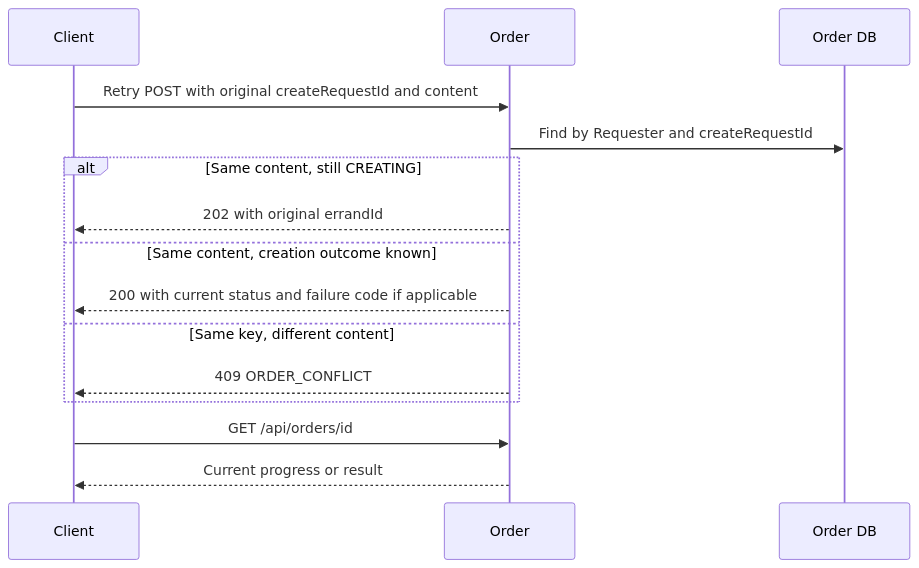
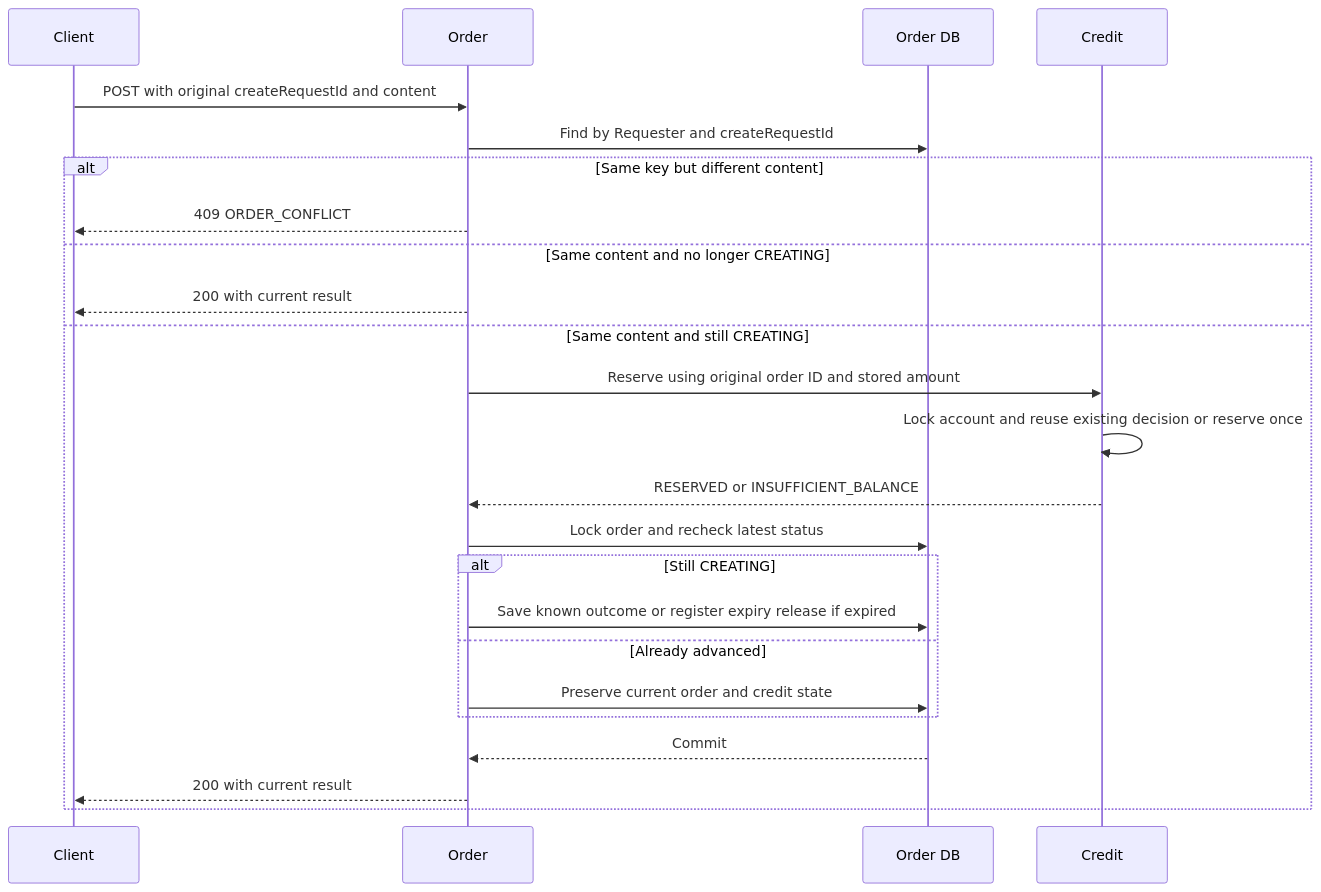
The tenth of 16 diagrams in order-service/README.md (AY2627S1-CS3219-P24/FoC), drawn with Mermaid before and after one commit. The commit also changed other lines of this file and 5 other files, not shown here.

Commit message:
fix(order): resume pending creation on request retry

````diff
--- a/order-service/README.md
+++ b/order-service/README.md
@@ -290,17 +290,26 @@
 ```mermaid
 sequenceDiagram
     participant Client
     participant Order
     participant DB as Order DB
-    Client->>Order: Retry POST with original createRequestId and content
+    participant Credit
+    Client->>Order: POST with original createRequestId and content
     Order->>DB: Find by Requester and createRequestId
-    alt Same content, still CREATING
-        Order-->>Client: 202 with original errandId
-    else Same content, creation outcome known
-        Order-->>Client: 200 with current status and failure code if applicable
-    else Same key, different content
+    alt Same key but different content
         Order-->>Client: 409 ORDER_CONFLICT
+    else Same content and no longer CREATING
+        Order-->>Client: 200 with current result
+    else Same content and still CREATING
+        Order->>Credit: Reserve using original order ID and stored amount
+        Credit->>Credit: Lock account and reuse existing decision or reserve once
+        Credit-->>Order: RESERVED or INSUFFICIENT_BALANCE
+        Order->>DB: Lock order and recheck latest status
+        alt Still CREATING
+            Order->>DB: Save known outcome or register expiry release if expired
+        else Already advanced
+            Order->>DB: Preserve current order and credit state
+        end
+        DB-->>Order: Commit
+        Order-->>Client: 200 with current result
     end
-    Client->>Order: GET /api/orders/id
-    Order-->>Client: Current progress or result
 ```
````
